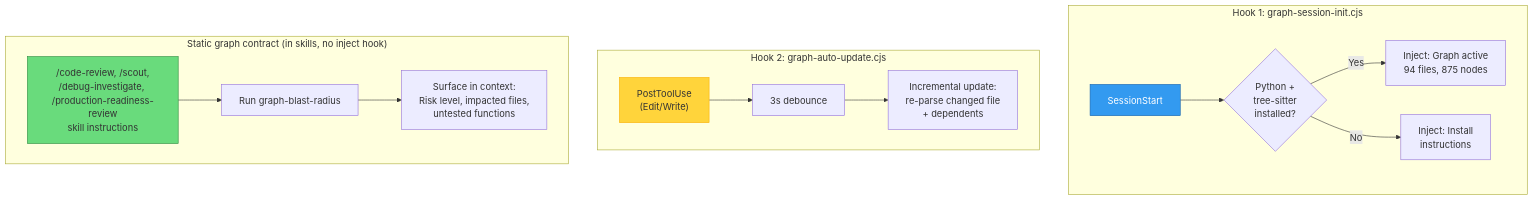
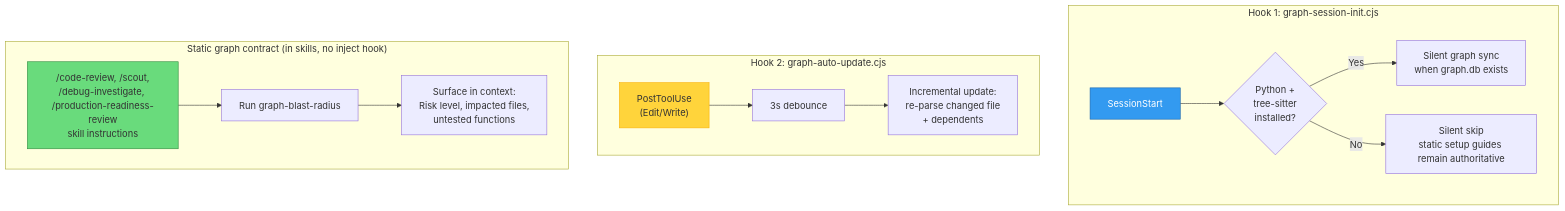
Before and after one commit to duc01226/easy-claude: diagram 17 of 20 in .claude/docs/claude-ai-agent-framework-guide.md, drawn with Mermaid. The commit also changed other lines of this file and 269 other files, not shown here.

````diff
--- a/.claude/docs/claude-ai-agent-framework-guide.md
+++ b/.claude/docs/claude-ai-agent-framework-guide.md
@@ -2915,22 +2915,22 @@
 ```mermaid
 graph TB
     subgraph "Hook 1: graph-session-init.cjs"
         SE["SessionStart"] --> CHK{"Python +<br/>tree-sitter<br/>installed?"}
-        CHK -->|Yes| STAT["Inject: Graph active<br/>94 files, 875 nodes"]
-        CHK -->|No| GUIDE["Inject: Install<br/>instructions"]
+        CHK -->|Yes| STAT["Silent graph sync<br/>when graph.db exists"]
+        CHK -->|No| GUIDE["Silent skip<br/>static setup guides remain authoritative"]
     end
 
     subgraph "Hook 2: graph-auto-update.cjs"
         EDIT["PostToolUse<br/>(Edit/Write)"] --> DEB["3s debounce"]
         DEB --> INC["Incremental update:<br/>re-parse changed file<br/>+ dependents"]
     end
 
     subgraph "Static graph contract (in skills, no inject hook)"
         SKILL["/code-review, /scout,<br/>/debug-investigate, /production-readiness-review<br/>skill instructions"] --> BR["Run graph-blast-radius"]
         BR --> INJ["Surface in context:<br/>Risk level, impacted files,<br/>untested functions"]
     end
 
     style SE fill:#339af0,stroke:#1864ab,color:#fff
     style EDIT fill:#ffd43b,stroke:#fab005
     style SKILL fill:#69db7c,stroke:#2b8a3e
 ```
````
